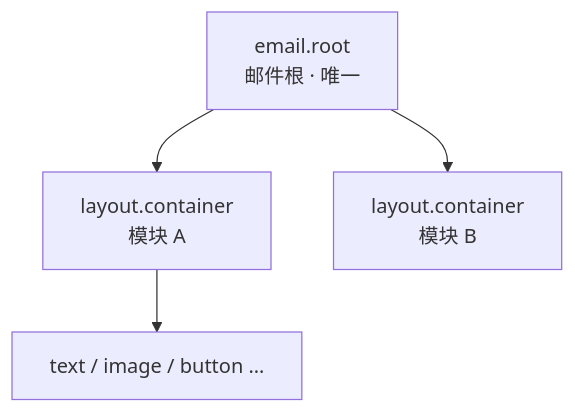
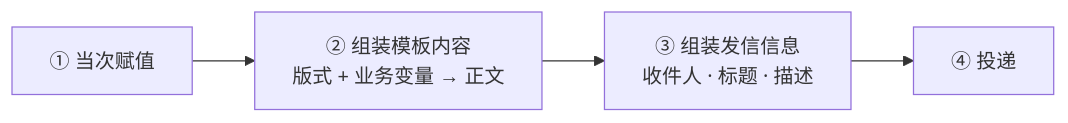
Before and after one commit to q346407440/emailbuilder3.0: diagram 12 of 16 in docs/prd.md, drawn with Mermaid. The commit also changed other lines of this file and 482 other files, not shown here.

````diff
--- a/docs/prd.md
+++ b/docs/prd.md
@@ -91,11 +1295,6 @@
 ```mermaid
-flowchart TB
-  root["email.root<br/>邮件根 · 唯一"]
-  m1["layout.container<br/>模块 A"]
-  m2["layout.container<br/>模块 B"]
-  leaf["text / image / button …"]
-
-  root --> m1
-  root --> m2
-  m1 --> leaf
+flowchart LR
+  A["① 当次赋值"] --> B["② 组装模板内容<br/>版式 + 业务变量 → 正文"]
+  B --> C["③ 组装发信信息<br/>收件人 · 标题 · 描述"]
+  C --> D["④ 投递"]
 ```
````
